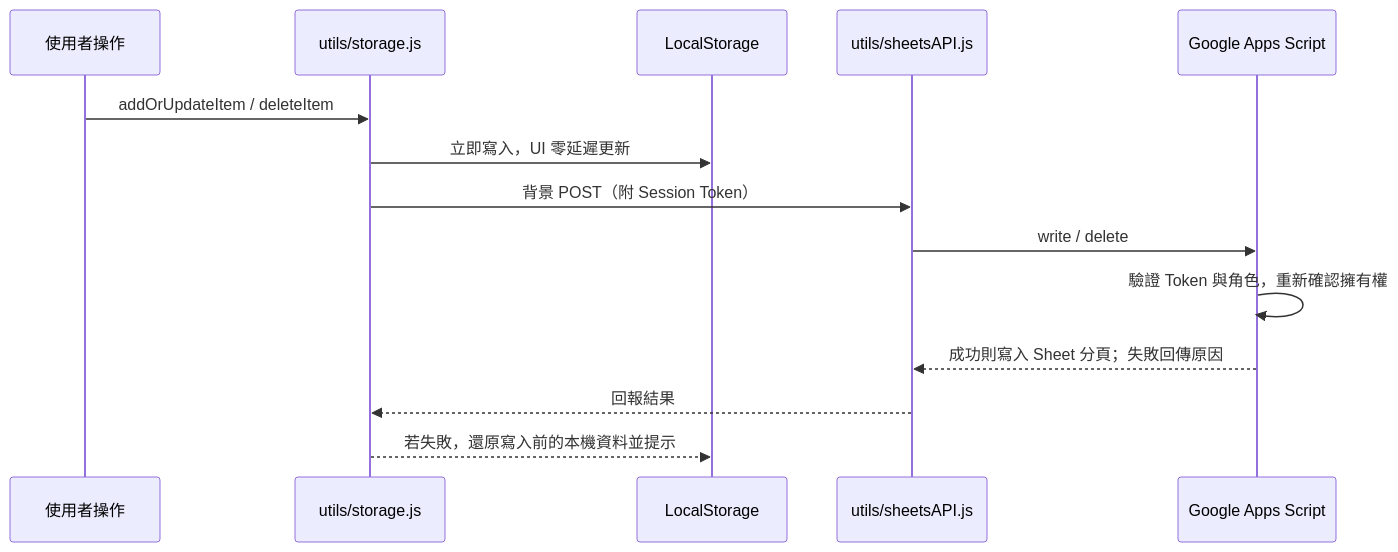
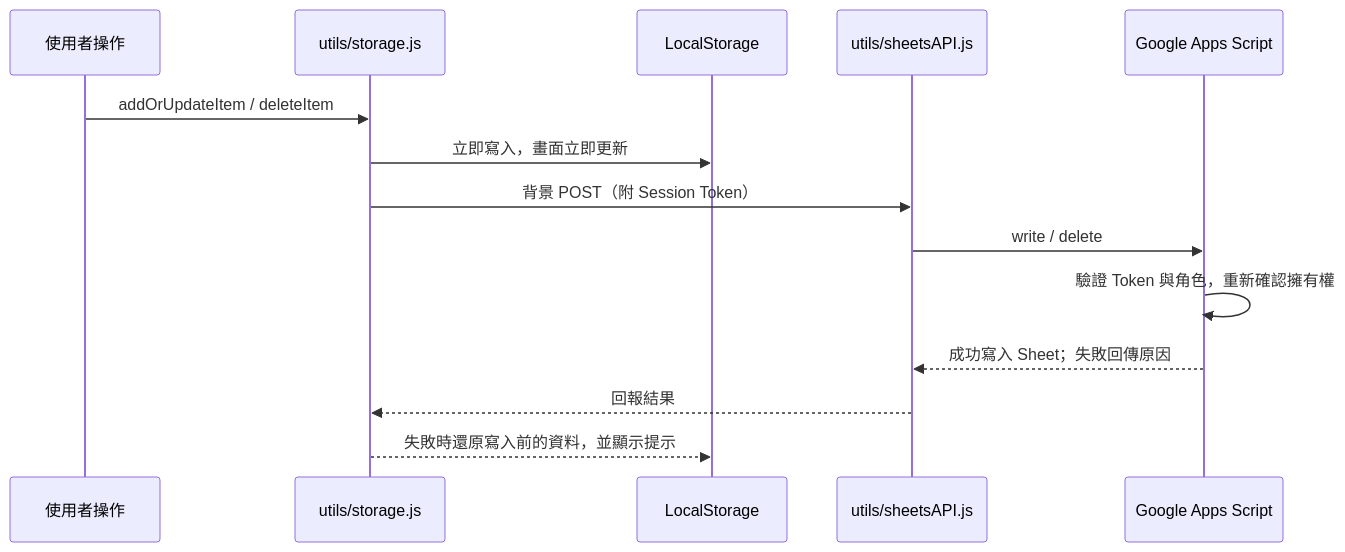
One commit to Qunioi/designLAB-website changed the diagram in README.md. Above: the diagram before and after it, drawn with Mermaid. The commit also changed other lines of this file and 186 other files, not shown here.

````diff
--- a/README.md
+++ b/README.md
@@ -286,17 +238,17 @@
 ```mermaid
 sequenceDiagram
     participant User as 使用者操作
     participant Storage as utils/storage.js
     participant Local as LocalStorage
     participant Sheets as utils/sheetsAPI.js
     participant GAS as Google Apps Script
 
     User->>Storage: addOrUpdateItem / deleteItem
-    Storage->>Local: 立即寫入，UI 零延遲更新
+    Storage->>Local: 立即寫入，畫面立即更新
     Storage->>Sheets: 背景 POST（附 Session Token）
     Sheets->>GAS: write / delete
     GAS->>GAS: 驗證 Token 與角色，重新確認擁有權
-    GAS-->>Sheets: 成功則寫入 Sheet 分頁；失敗回傳原因
+    GAS-->>Sheets: 成功寫入 Sheet；失敗回傳原因
     Sheets-->>Storage: 回報結果
-    Storage-->>Local: 若失敗，還原寫入前的本機資料並提示
+    Storage-->>Local: 失敗時還原寫入前的資料，並顯示提示
 ```
````
